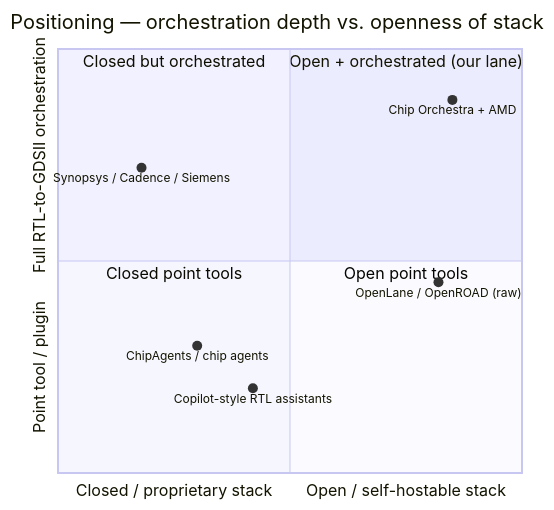
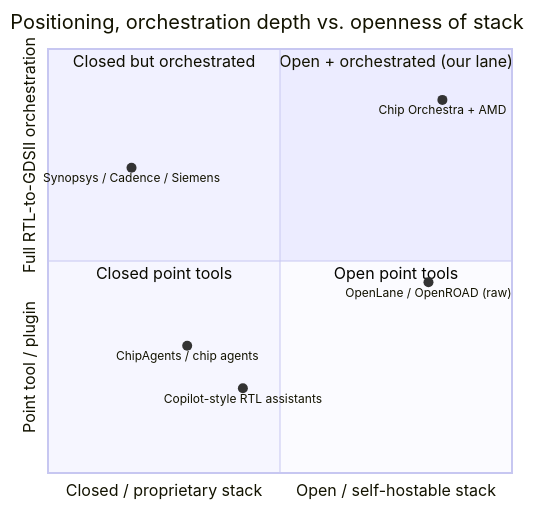
One commit to radhian/Chip-Orchestra changed the sixth of 10 diagrams in docs/platform_x_amd_deck.md. Above: the diagram before and after it, drawn with Mermaid. The commit also changed other lines of this file, not shown here.

````diff
--- a/docs/platform_x_amd_deck.md
+++ b/docs/platform_x_amd_deck.md
@@ -240,15 +237,15 @@
 ```mermaid
 quadrantChart
-    title Positioning — orchestration depth vs. openness of stack
+    title Positioning, orchestration depth vs. openness of stack
     x-axis "Closed / proprietary stack" --> "Open / self-hostable stack"
     y-axis "Point tool / plugin" --> "Full RTL-to-GDSII orchestration"
     quadrant-1 "Open + orchestrated (our lane)"
     quadrant-2 "Closed but orchestrated"
     quadrant-3 "Closed point tools"
     quadrant-4 "Open point tools"
     "Synopsys / Cadence / Siemens": [0.18, 0.72]
     "ChipAgents / chip agents": [0.30, 0.30]
     "Copilot-style RTL assistants": [0.42, 0.20]
     "OpenLane / OpenROAD (raw)": [0.82, 0.45]
     "Chip Orchestra + AMD": [0.85, 0.88]
 ```
````
